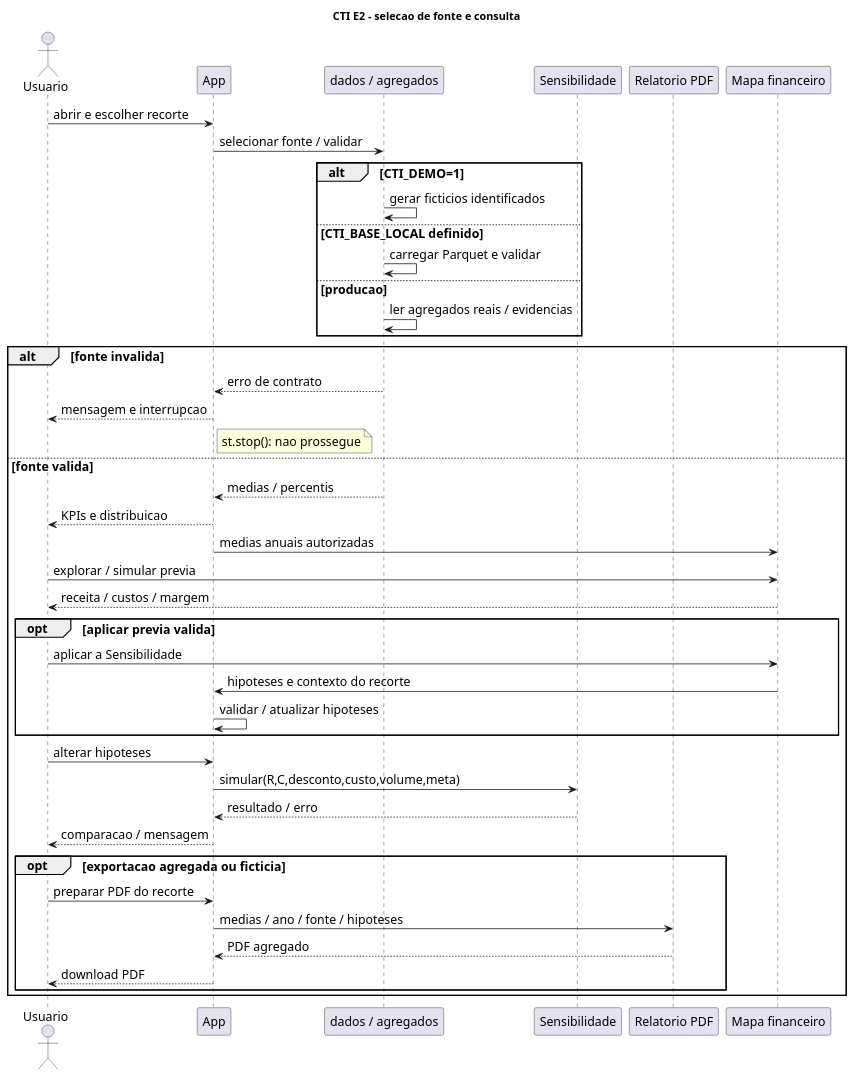
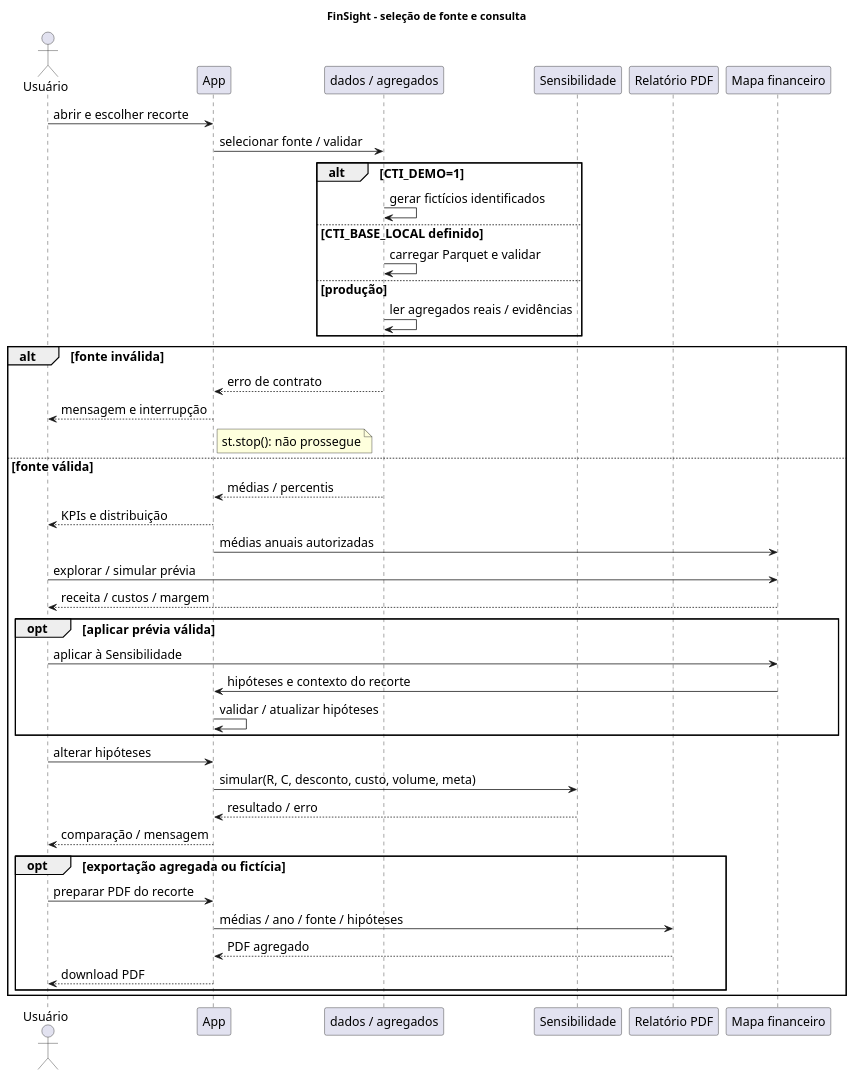
Before and after one commit to 2026-2-NCC4/Projeto6: the diagram in documentos/Entrega 2/ES e ML/sequencia.puml, drawn with PlantUML. The commit also changed 6 other files, not shown here.

Commit message:
docs: renderiza UML revisados e inclui implantacao no PDF de Engenharia

```diff
--- a/documentos/Entrega 2/ES e ML/sequencia.puml
+++ b/documentos/Entrega 2/ES e ML/sequencia.puml
@@ -1,46 +1,46 @@
 @startuml
-title CTI E2 - selecao de fonte e consulta
+title FinSight - seleção de fonte e consulta
 skinparam defaultFontSize 16
 skinparam backgroundColor white
-actor Usuario
+actor "Usuário" as Usuario
 participant App
 participant "dados / agregados" as Fonte
 participant Sensibilidade
-participant "Relatorio PDF" as PDF
+participant "Relatório PDF" as PDF
 participant "Mapa financeiro" as Mapa
 Usuario -> App : abrir e escolher recorte
 App -> Fonte : selecionar fonte / validar
 alt CTI_DEMO=1
-Fonte -> Fonte : gerar ficticios identificados
+Fonte -> Fonte : gerar fictícios identificados
 else CTI_BASE_LOCAL definido
 Fonte -> Fonte : carregar Parquet e validar
-else producao
-Fonte -> Fonte : ler agregados reais / evidencias
+else produção
+Fonte -> Fonte : ler agregados reais / evidências
 end
-alt fonte invalida
+alt fonte inválida
 Fonte --> App : erro de contrato
-App --> Usuario : mensagem e interrupcao
-note right of App : st.stop(): nao prossegue
-else fonte valida
-Fonte --> App : medias / percentis
-App --> Usuario : KPIs e distribuicao
-App -> Mapa : medias anuais autorizadas
-Usuario -> Mapa : explorar / simular previa
+App --> Usuario : mensagem e interrupção
+note right of App : st.stop(): não prossegue
+else fonte válida
+Fonte --> App : médias / percentis
+App --> Usuario : KPIs e distribuição
+App -> Mapa : médias anuais autorizadas
+Usuario -> Mapa : explorar / simular prévia
 Mapa --> Usuario : receita / custos / margem
-opt aplicar previa valida
-Usuario -> Mapa : aplicar a Sensibilidade
-Mapa -> App : hipoteses e contexto do recorte
-App -> App : validar / atualizar hipoteses
+opt aplicar prévia válida
+Usuario -> Mapa : aplicar à Sensibilidade
+Mapa -> App : hipóteses e contexto do recorte
+App -> App : validar / atualizar hipóteses
 end
-Usuario -> App : alterar hipoteses
-App -> Sensibilidade : simular(R,C,desconto,custo,volume,meta)
+Usuario -> App : alterar hipóteses
+App -> Sensibilidade : simular(R, C, desconto, custo, volume, meta)
 Sensibilidade --> App : resultado / erro
-App --> Usuario : comparacao / mensagem
-opt exportacao agregada ou ficticia
+App --> Usuario : comparação / mensagem
+opt exportação agregada ou fictícia
 Usuario -> App : preparar PDF do recorte
-App -> PDF : medias / ano / fonte / hipoteses
+App -> PDF : médias / ano / fonte / hipóteses
 PDF --> App : PDF agregado
 App --> Usuario : download PDF
 end
 end
 @enduml
```
